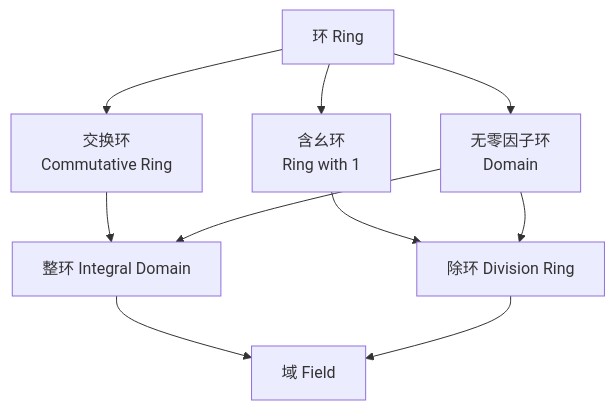
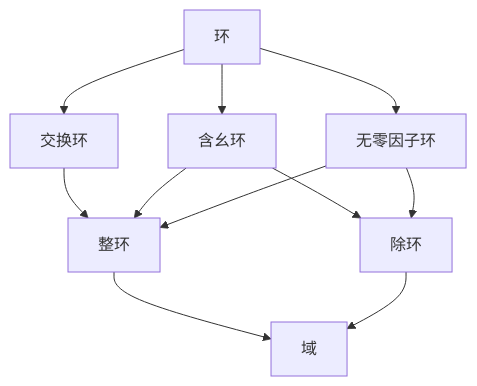
Before and after one commit to zf-li23/personal-wiki-site: the diagram in content/1.discrete-mathematics/1.3.algebraic-structures/1.3.3.rings-and-fields/index.zh.md, drawn with Mermaid. The commit also changed other lines of this file and 28 other files, not shown here.

````diff
--- a/content/1.discrete-mathematics/1.3.algebraic-structures/1.3.3.rings-and-fields/index.zh.md
+++ b/content/1.discrete-mathematics/1.3.algebraic-structures/1.3.3.rings-and-fields/index.zh.md
@@ -219,12 +231,13 @@
 ```mermaid
 flowchart TD
-    A[环 Ring] --> B[交换环<br>Commutative Ring]
-    A --> C[含幺环<br>Ring with 1]
-    A --> D[无零因子环<br>Domain]
-    B --> E[整环 Integral Domain]
-    C --> F[除环 Division Ring]
+    A[环] --> B[交换环]
+    A --> C[含幺环]
+    A --> D[无零因子环]
+    B --> E[整环]
+    C --> E
     D --> E
+    C --> F[除环]
     D --> F
-    E --> G[域 Field]
+    E --> G[域]
     F --> G
 ```
````
